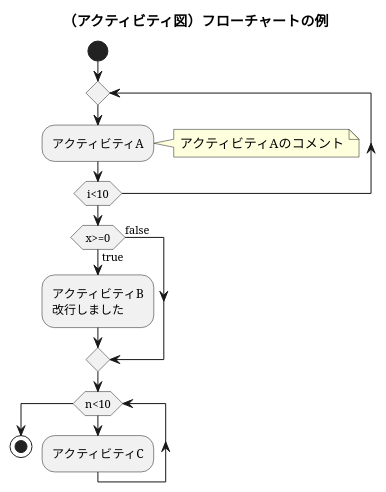
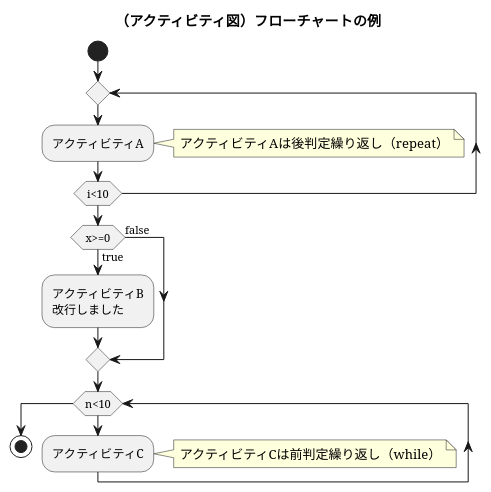
The diagram in PlantUML_Activity図（フローチャート）.md (inahokana/dummyM), drawn with PlantUML before and after one commit.

````diff
--- a/PlantUML_Activity図（フローチャート）.md
+++ b/PlantUML_Activity図（フローチャート）.md
@@ -1,26 +1,29 @@
 ```uml
 @startuml
 title （アクティビティ図）フローチャートの例
 
 start
 
 repeat
   :アクティビティA;
   note right
-  アクティビティAのコメント
+  アクティビティAは後判定繰り返し（repeat）
   end note
 repeat while(i<10)
 
 if( x>=0 ) then (true)
 :アクティビティB
 改行しました;
 else (false)
 endif
 
 while(n<10)
 :アクティビティC;
+  note right
+  アクティビティCは前判定繰り返し（while）
+  end note
 end while
 
 stop
 @enduml
 ```
````
